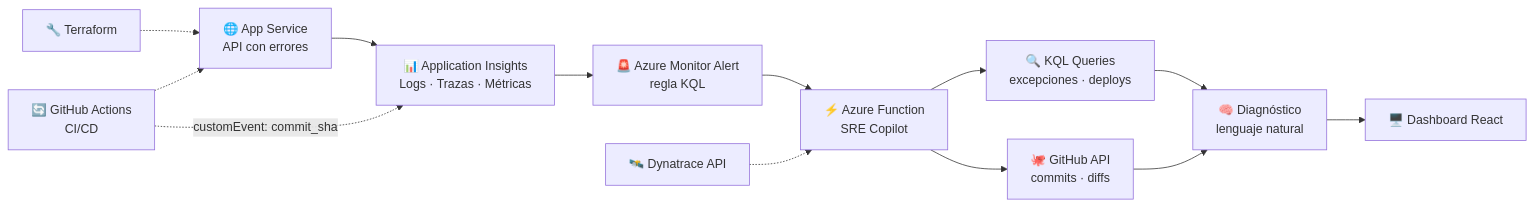
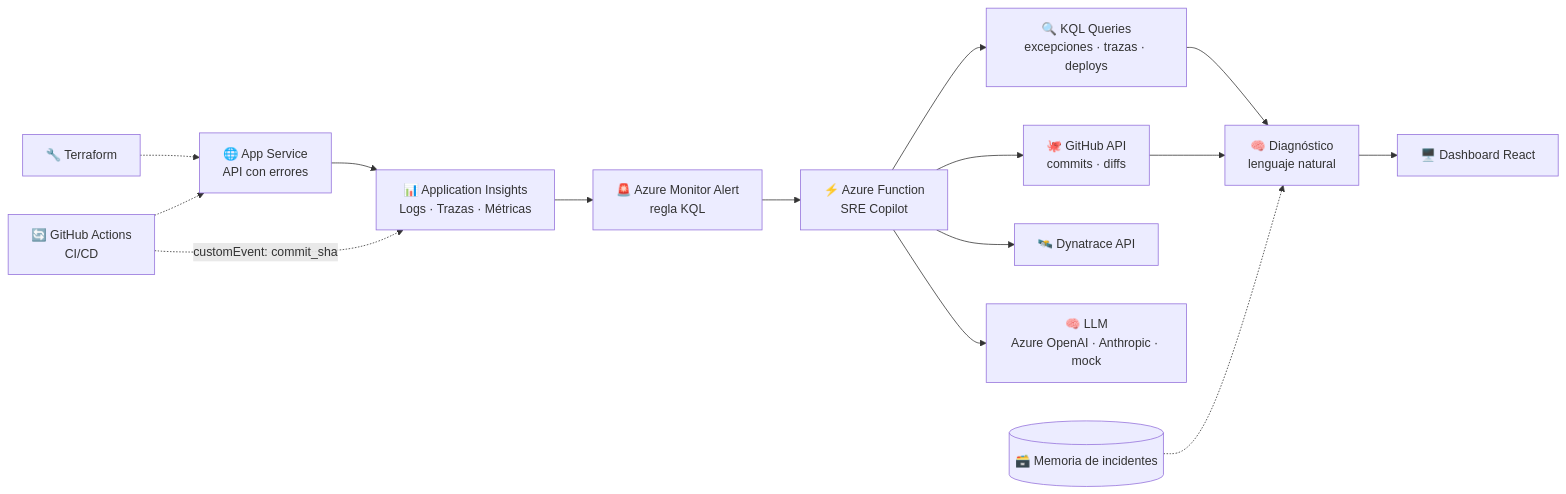
The diagram in README.md (FerminGonzalez/-SRE-Copilot-), drawn with Mermaid before and after one commit. The commit also changed other lines of this file and 161 other files, not shown here.

````diff
--- a/README.md
+++ b/README.md
@@ -32,15 +37,17 @@
 ```mermaid
 flowchart LR
     A[🌐 App Service<br/>API con errores] --> B[📊 Application Insights<br/>Logs · Trazas · Métricas]
     B --> C[🚨 Azure Monitor Alert<br/>regla KQL]
     C --> D[⚡ Azure Function<br/>SRE Copilot]
-    D --> E[🔍 KQL Queries<br/>excepciones · deploys]
+    D --> E[🔍 KQL Queries<br/>excepciones · trazas · deploys]
     D --> F[🐙 GitHub API<br/>commits · diffs]
+    D --> K[🛰️ Dynatrace API]
+    D --> L[🧠 LLM<br/>Azure OpenAI · Anthropic · mock]
     E --> G[🧠 Diagnóstico<br/>lenguaje natural]
     F --> G
     G --> H[🖥️ Dashboard React]
     I[🔧 Terraform] -.-> A
     J[🔄 GitHub Actions<br/>CI/CD] -.-> A
     J -.->|customEvent: commit_sha| B
-    K[🛰️ Dynatrace API] -.-> D
+    M[(🗃️ Memoria de incidentes)] -.-> G
 ```
````
